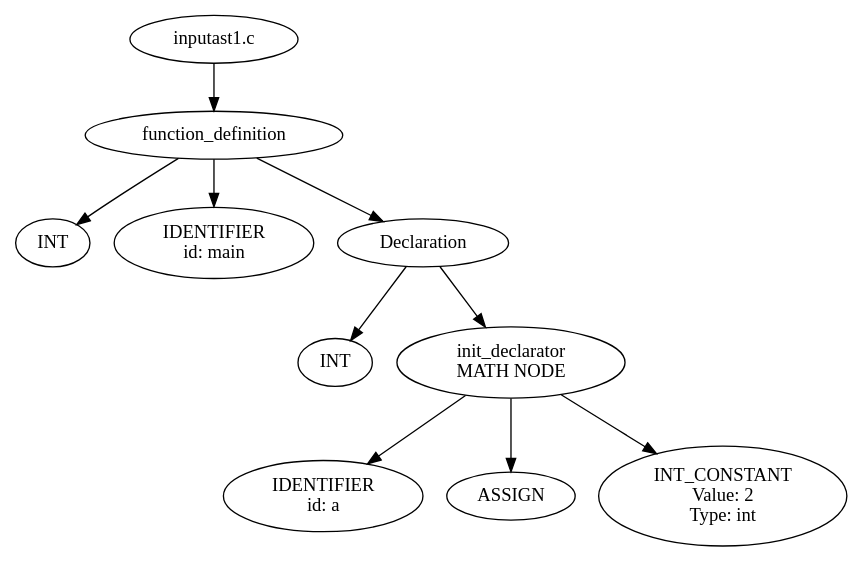
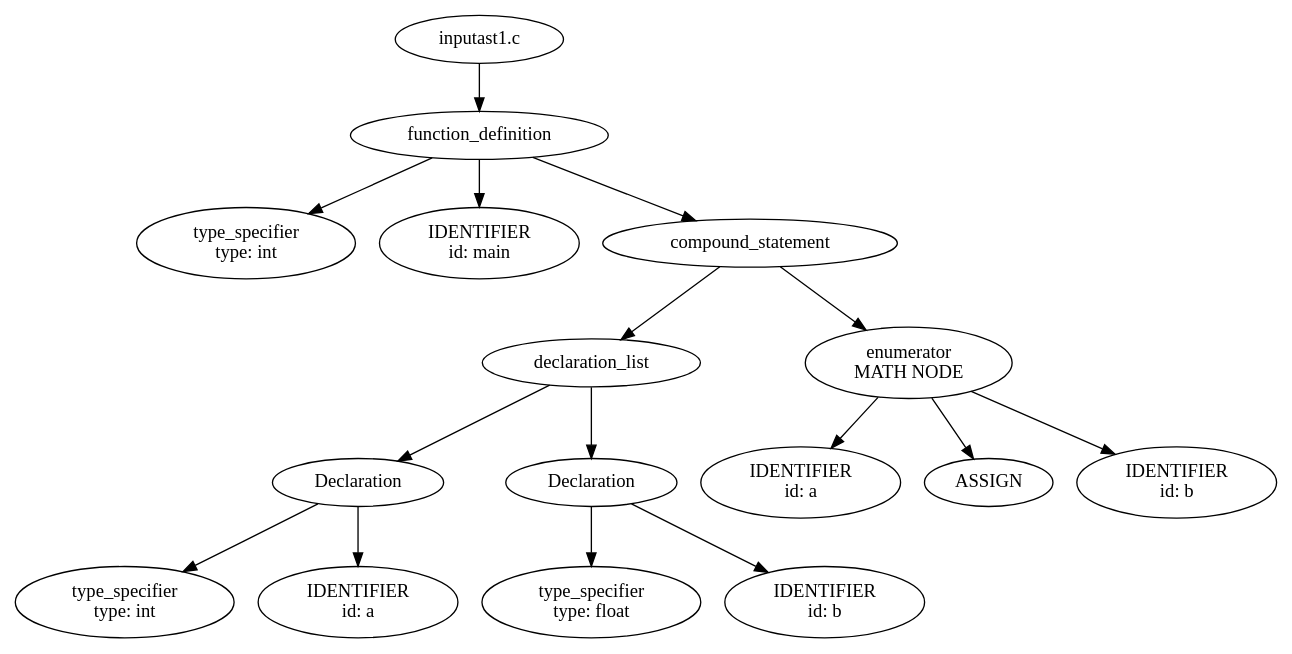
The diagram in bgp/output/treeOut.dot (matthewbeck1998/bgp), drawn with Graphviz before and after one commit. The commit also changed 4 other files, not shown here.

```diff
--- a/bgp/output/treeOut.dot
+++ b/bgp/output/treeOut.dot
@@ -1,28 +1,50 @@
 digraph G {
 0[label = "input\ast1.c"];
-0 -> 9
-9[label = "function_definition"];
-9 -> 1
-1[label = "INT"];
-9 -> 2
+0 -> 15
+15[label = "function_definition"];
+15 -> 1
+1[label = "type_specifier
+type: int
+"];
+15 -> 2
 2[label = "IDENTIFIER
 id: main
 "];
-9 -> 8
-8[label = "Declaration"];
-8 -> 3
-3[label = "INT"];
-8 -> 7
-7[label = "init_declarator
-MATH NODE"];
-7 -> 4
+15 -> 14
+14[label = "compound_statement"];
+14 -> 9
+9[label = "declaration_list"];
+9 -> 5
+5[label = "Declaration"];
+5 -> 3
+3[label = "type_specifier
+type: int
+"];
+5 -> 4
 4[label = "IDENTIFIER
 id: a
 "];
-7 -> 6
-6[label = "ASSIGN"];
-7 -> 5
-5[label = "INT_CONSTANT
-Value: 2
-Type: int"];
+9 -> 8
+8[label = "Declaration"];
+8 -> 6
+6[label = "type_specifier
+type: float
+"];
+8 -> 7
+7[label = "IDENTIFIER
+id: b
+"];
+14 -> 13
+13[label = "enumerator
+MATH NODE"];
+13 -> 10
+10[label = "IDENTIFIER
+id: a
+"];
+13 -> 11
+11[label = "ASSIGN"];
+13 -> 12
+12[label = "IDENTIFIER
+id: b
+"];
 }
```
